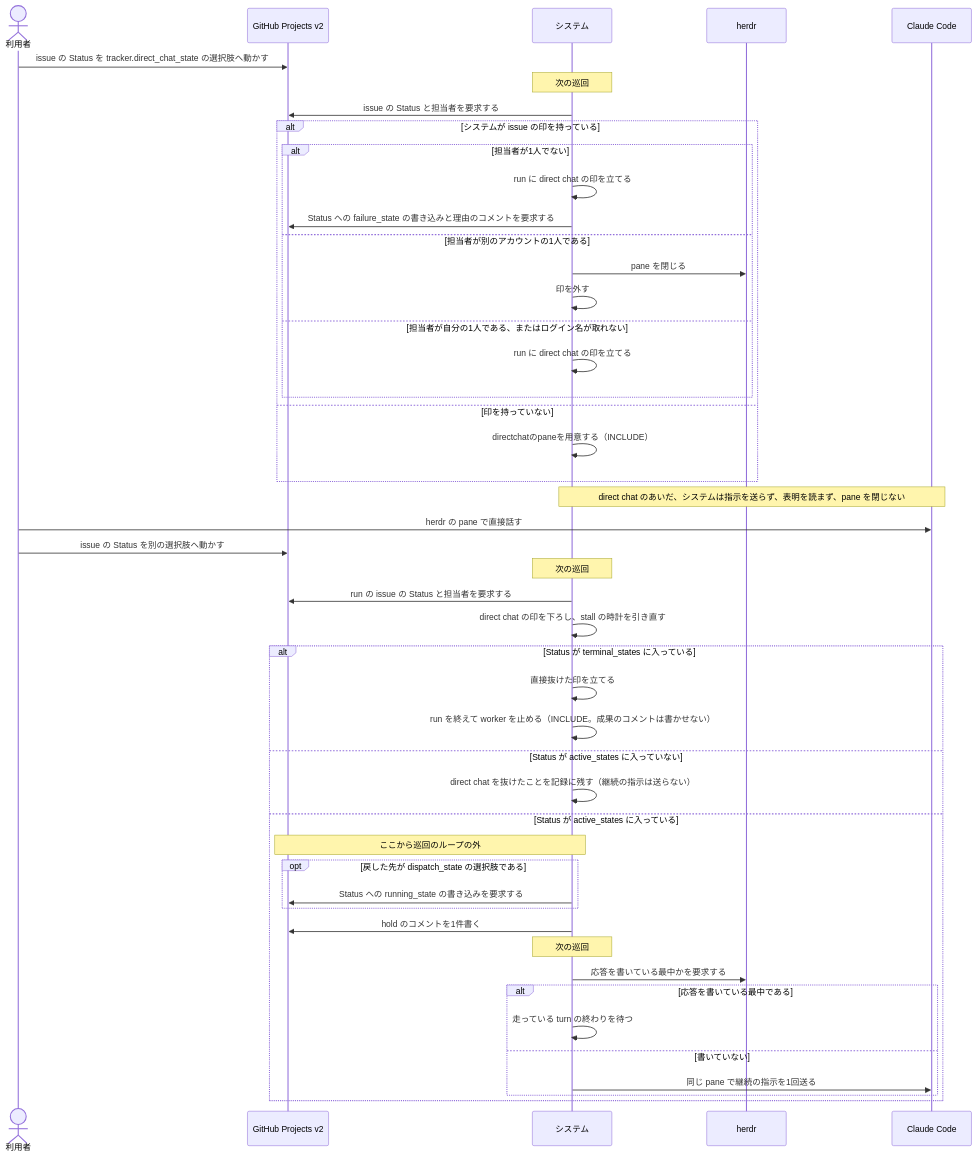
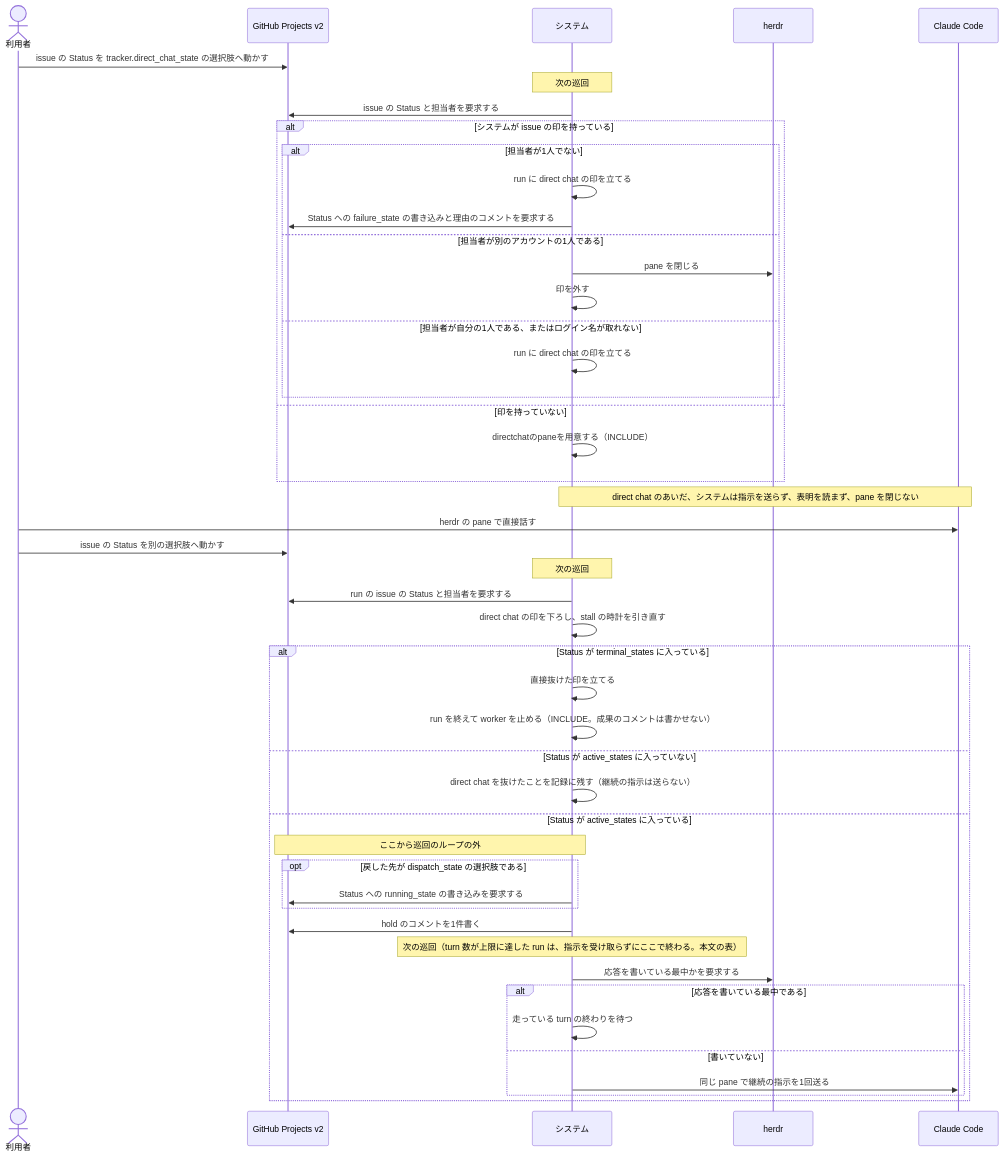
Before and after one commit to maimuzo/continuo: the second of 2 diagrams in docs/spec/usecases/particular_case/人間がpaneに入って直接続ける.rucm.md, drawn with Mermaid. The commit also changed other lines of this file and 12 other files, not shown here.

````diff
--- a/docs/spec/usecases/particular_case/人間がpaneに入って直接続ける.rucm.md
+++ b/docs/spec/usecases/particular_case/人間がpaneに入って直接続ける.rucm.md
@@ -253,50 +276,50 @@
 ```mermaid
 sequenceDiagram
     actor 利用者
     participant GitHub as GitHub Projects v2
     participant システム
     participant herdr
     participant CC as Claude Code
 
     利用者->>GitHub: issue の Status を tracker.direct_chat_state の選択肢へ動かす
     Note over システム: 次の巡回
     システム->>GitHub: issue の Status と担当者を要求する
     alt システムが issue の印を持っている
         alt 担当者が1人でない
             システム->>システム: run に direct chat の印を立てる
             システム->>GitHub: Status への failure_state の書き込みと理由のコメントを要求する
         else 担当者が別のアカウントの1人である
             システム->>herdr: pane を閉じる
             システム->>システム: 印を外す
         else 担当者が自分の1人である、またはログイン名が取れない
             システム->>システム: run に direct chat の印を立てる
         end
     else 印を持っていない
         システム->>システム: directchatのpaneを用意する（INCLUDE）
     end
     Note over システム,CC: direct chat のあいだ、システムは指示を送らず、表明を読まず、pane を閉じない
     利用者->>CC: herdr の pane で直接話す
     利用者->>GitHub: issue の Status を別の選択肢へ動かす
     Note over システム: 次の巡回
     システム->>GitHub: run の issue の Status と担当者を要求する
     システム->>システム: direct chat の印を下ろし、stall の時計を引き直す
     alt Status が terminal_states に入っている
         システム->>システム: 直接抜けた印を立てる
         システム->>システム: run を終えて worker を止める（INCLUDE。成果のコメントは書かせない）
     else Status が active_states に入っていない
         システム->>システム: direct chat を抜けたことを記録に残す（継続の指示は送らない）
     else Status が active_states に入っている
         Note over システム,GitHub: ここから巡回のループの外
         opt 戻した先が dispatch_state の選択肢である
             システム->>GitHub: Status への running_state の書き込みを要求する
         end
         システム->>GitHub: hold のコメントを1件書く
-        Note over システム: 次の巡回
+        Note over システム: 次の巡回（turn 数が上限に達した run は、指示を受け取らずにここで終わる。本文の表）
         システム->>herdr: 応答を書いている最中かを要求する
         alt 応答を書いている最中である
             システム->>システム: 走っている turn の終わりを待つ
         else 書いていない
             システム->>CC: 同じ pane で継続の指示を1回送る
         end
     end
 ```
````
